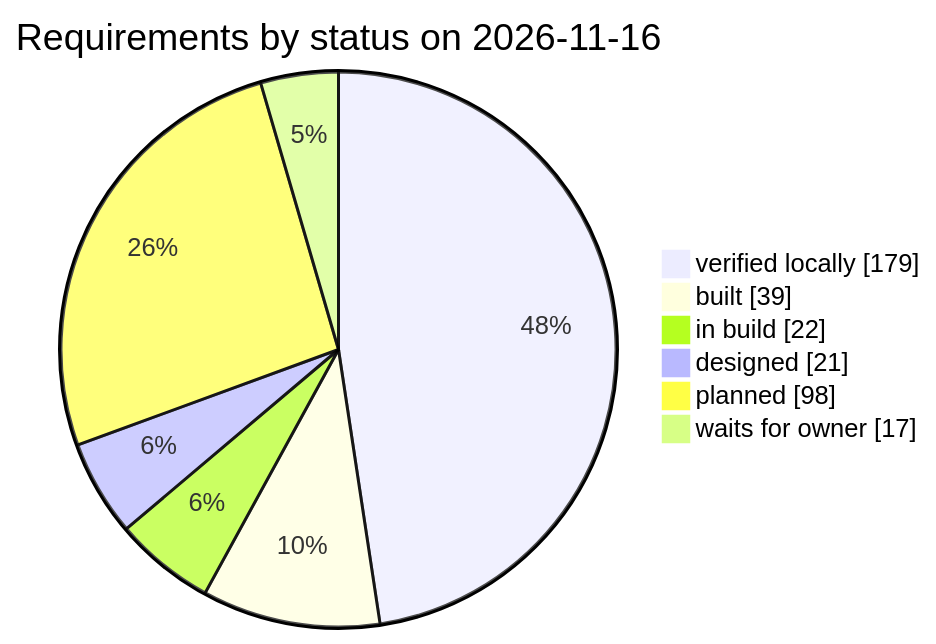
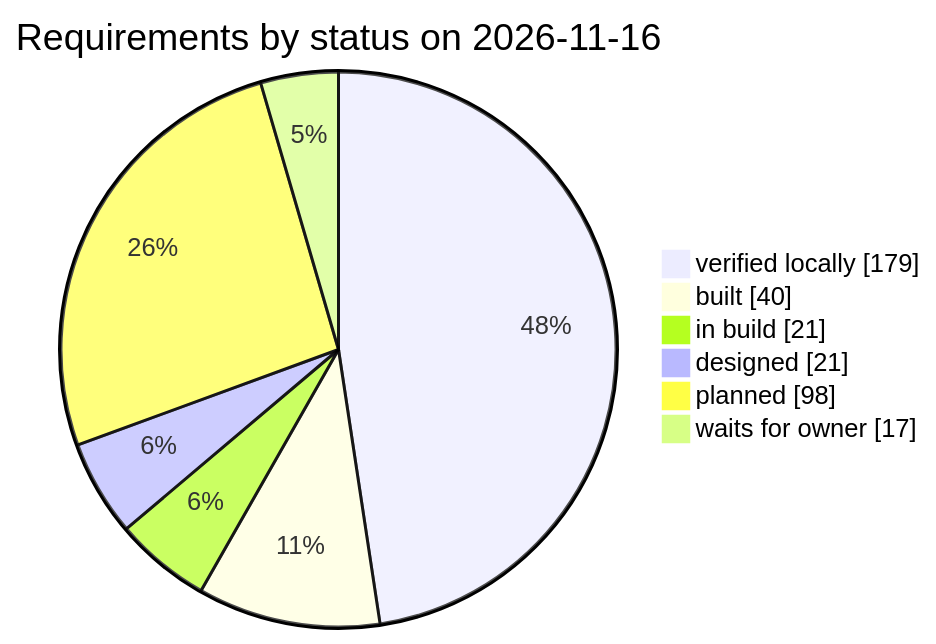
Before and after one commit to qa-io-vn/fnb-manager: the third of 3 diagrams in docs/requirements.md, drawn with Mermaid. The commit also changed other lines of this file and 30 other files, not shown here.

````diff
--- a/docs/requirements.md
+++ b/docs/requirements.md
@@ -982,10 +982,10 @@
 ```mermaid
 pie showData
     title Requirements by status on 2026-11-16
     "verified locally" : 179
-    "built" : 39
-    "in build" : 22
+    "built" : 40
+    "in build" : 21
     "designed" : 21
     "planned" : 98
     "waits for owner" : 17
 ```
````
